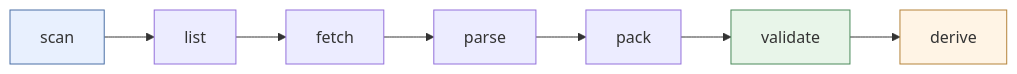
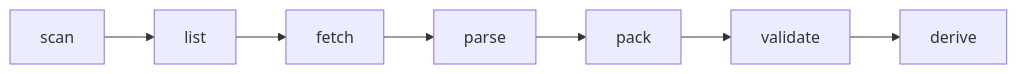
Before and after one commit to MatsRobben/meteopack: the diagram in README.md, drawn with Mermaid. The commit also changed other lines of this file and 8 other files, not shown here.

````diff
--- a/README.md
+++ b/README.md
@@ -42,7 +115,4 @@
 ```mermaid
 flowchart LR
     SCAN[scan] --> LIST[list] --> FETCH[fetch] --> PARSE[parse] --> PACK[pack] --> VALIDATE[validate] --> DERIVE[derive]
-    style SCAN fill:#e8f0fe,stroke:#4a6fa5
-    style VALIDATE fill:#e8f5e9,stroke:#4a8a5a
-    style DERIVE fill:#fff4e5,stroke:#b5833a
 ```
````
